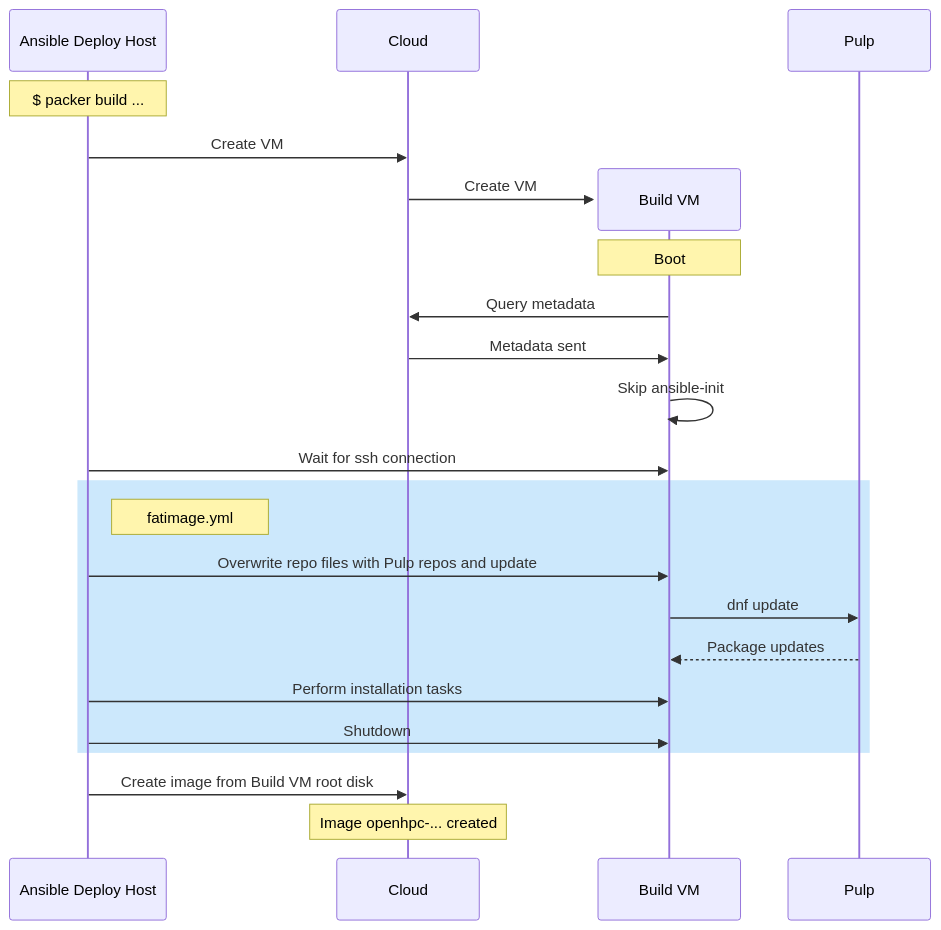
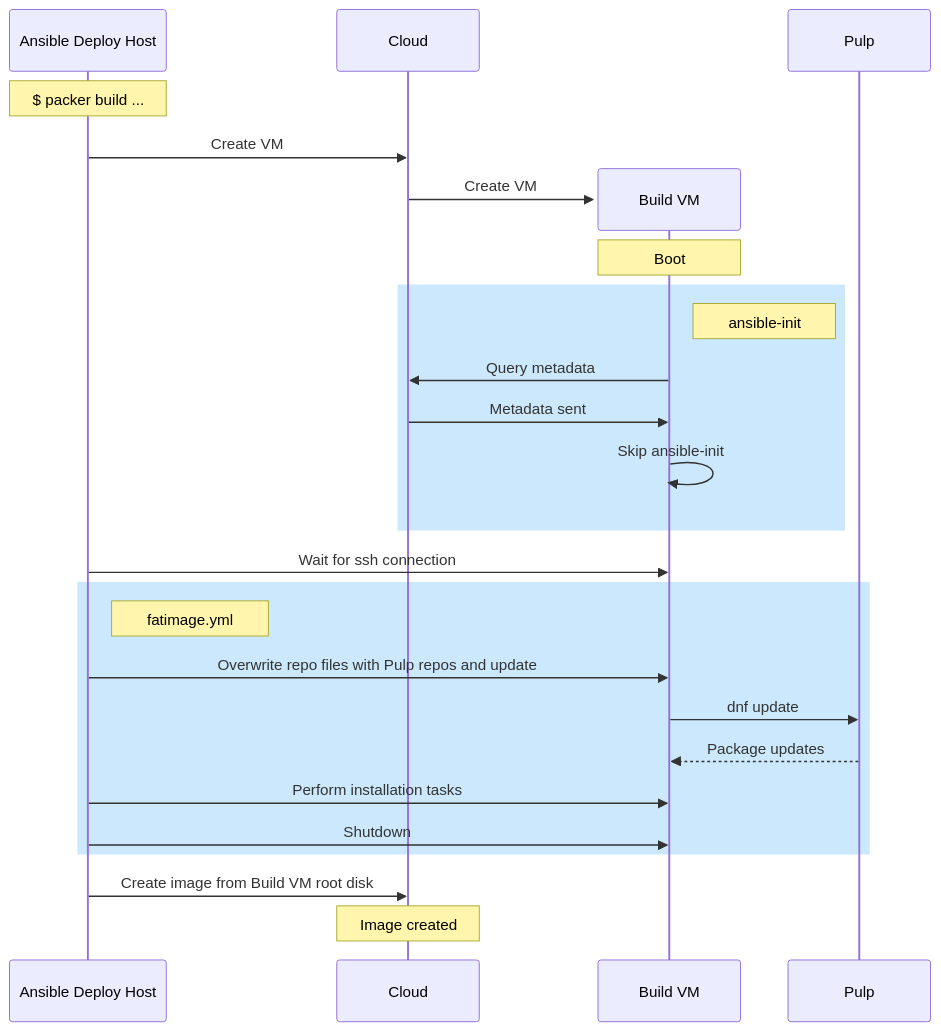
The first of 3 diagrams in docs/sequence.md (stackhpc/ansible-slurm-appliance), drawn with Mermaid before and after one commit. The commit also changed other lines of this file, not shown here.

````diff
--- a/docs/sequence.md
+++ b/docs/sequence.md
@@ -22,26 +22,29 @@
 ```mermaid
 sequenceDiagram
     participant ansible as Ansible Deploy Host
     participant cloud as Cloud
     note over ansible: $ packer build ...
     ansible->>cloud: Create VM
     create participant packer as Build VM
     participant pulp as Pulp
     cloud->>packer: Create VM
     note over packer: Boot
+    rect rgb(204, 232, 252)
+    note right of packer: ansible-init
     packer->>cloud: Query metadata
     cloud->>packer: Metadata sent
     packer->>packer: Skip ansible-init
+    end
     ansible->>packer: Wait for ssh connection
     rect rgb(204, 232, 252)
     note right of ansible: fatimage.yml
     ansible->>packer: Overwrite repo files with Pulp repos and update
     packer->>pulp: dnf update
     pulp-->>packer: Package updates
     ansible->>packer: Perform installation tasks
     ansible->>packer: Shutdown
     end
     ansible->>cloud: Create image from Build VM root disk
     destroy packer
-    note over cloud: Image openhpc-... created
+    note over cloud: Image created
 ```
````
